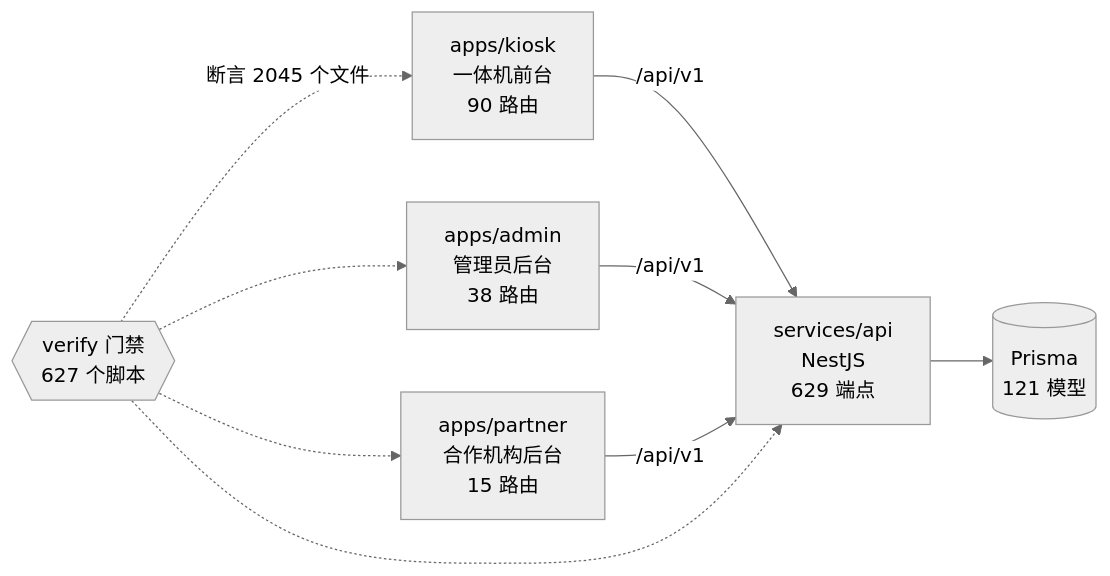
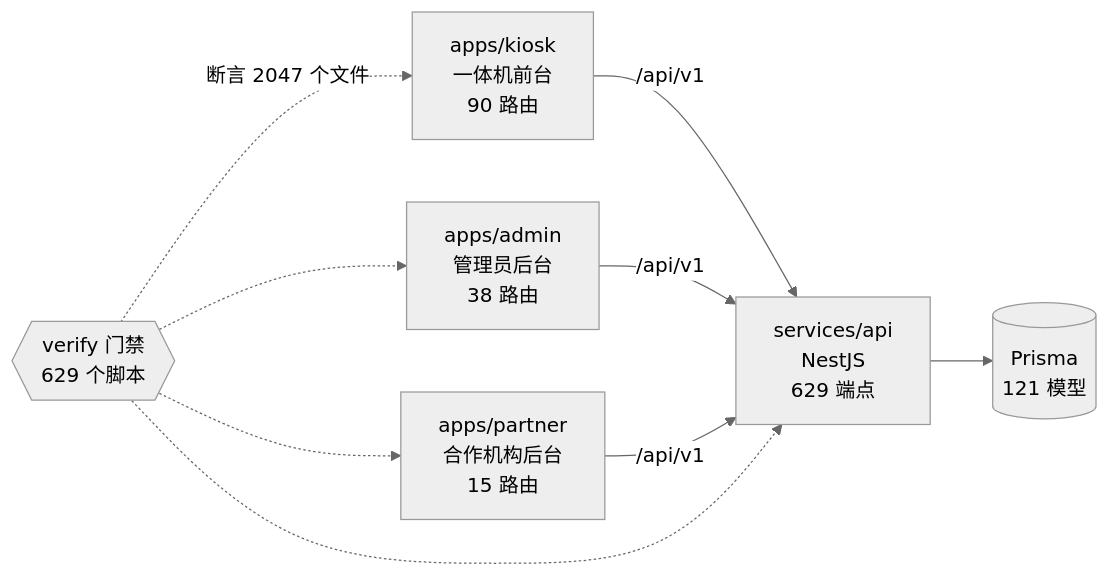
One commit to wanglei581/YITIJI changed the diagram in docs/graph/README.md. Above: the diagram before and after it, drawn with Mermaid (neutral theme). The commit also changed other lines of this file and 12 other files, not shown here.

````diff
--- a/docs/graph/README.md
+++ b/docs/graph/README.md
@@ -68,18 +68,18 @@
 ```mermaid
 flowchart LR
   kiosk["apps/kiosk<br/>一体机前台<br/>90 路由"]
   admin["apps/admin<br/>管理员后台<br/>38 路由"]
   partner["apps/partner<br/>合作机构后台<br/>15 路由"]
   api["services/api<br/>NestJS<br/>629 端点"]
   db[("Prisma<br/>121 模型")]
-  gates{{"verify 门禁<br/>627 个脚本"}}
+  gates{{"verify 门禁<br/>629 个脚本"}}
 
   kiosk -->|"/api/v1"| api
   admin -->|"/api/v1"| api
   partner -->|"/api/v1"| api
   api --> db
-  gates -.->|"断言 2045 个文件"| kiosk
+  gates -.->|"断言 2047 个文件"| kiosk
   gates -.-> admin
   gates -.-> partner
   gates -.-> api
 ```
````
